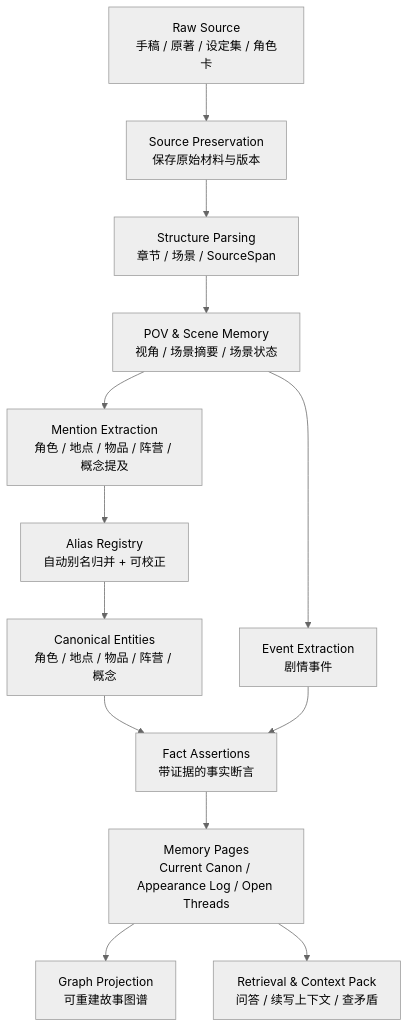
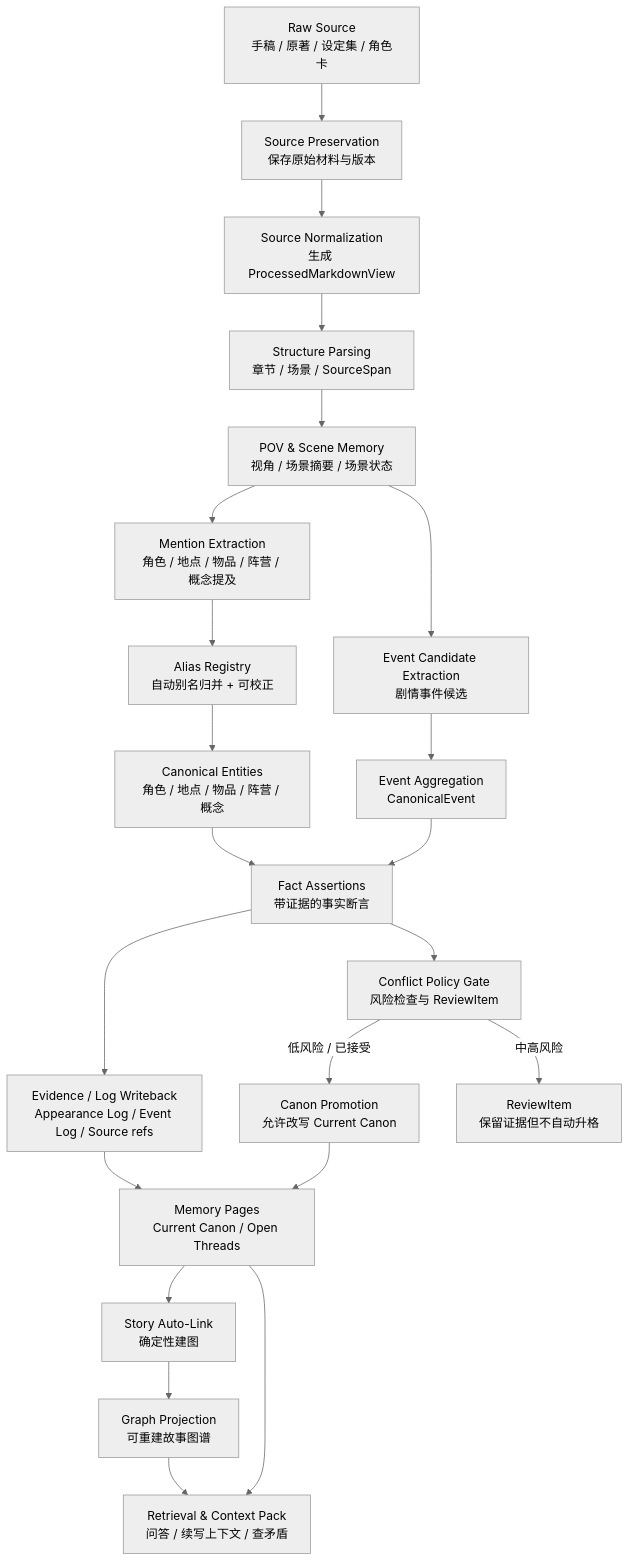
Before and after one commit to FrankQDWang/sextantlabs: the diagram in GOAL.md, drawn with Mermaid (neutral theme). The commit also changed other lines of this file and 16 other files, not shown here.

````diff
--- a/GOAL.md
+++ b/GOAL.md
@@ -30,15 +37,24 @@
 ```mermaid
 flowchart TD
     A[Raw Source\n手稿 / 原著 / 设定集 / 角色卡] --> B[Source Preservation\n保存原始材料与版本]
-    B --> C[Structure Parsing\n章节 / 场景 / SourceSpan]
-    C --> D[POV & Scene Memory\n视角 / 场景摘要 / 场景状态]
-    D --> E[Mention Extraction\n角色 / 地点 / 物品 / 阵营 / 概念提及]
-    E --> F[Alias Registry\n自动别名归并 + 可校正]
-    F --> G[Canonical Entities\n角色 / 地点 / 物品 / 阵营 / 概念]
-    D --> H[Event Extraction\n剧情事件]
-    G --> I[Fact Assertions\n带证据的事实断言]
-    H --> I
-    I --> J[Memory Pages\nCurrent Canon / Appearance Log / Open Threads]
-    J --> K[Graph Projection\n可重建故事图谱]
-    J --> L[Retrieval & Context Pack\n问答 / 续写上下文 / 查矛盾]
+    B --> C[Source Normalization\n生成 ProcessedMarkdownView]
+    C --> D[Structure Parsing\n章节 / 场景 / SourceSpan]
+    D --> E[POV & Scene Memory\n视角 / 场景摘要 / 场景状态]
+    E --> F[Mention Extraction\n角色 / 地点 / 物品 / 阵营 / 概念提及]
+    F --> G[Alias Registry\n自动别名归并 + 可校正]
+    G --> H[Canonical Entities\n角色 / 地点 / 物品 / 阵营 / 概念]
+    E --> I[Event Candidate Extraction\n剧情事件候选]
+    I --> J[Event Aggregation\nCanonicalEvent]
+    H --> K[Fact Assertions\n带证据的事实断言]
+    J --> K
+    K --> L[Evidence / Log Writeback\nAppearance Log / Event Log / Source refs]
+    K --> M[Conflict Policy Gate\n风险检查与 ReviewItem]
+    M -->|低风险 / 已接受| N[Canon Promotion\n允许改写 Current Canon]
+    M -->|中高风险| O[ReviewItem\n保留证据但不自动升格]
+    N --> P[Memory Pages\nCurrent Canon / Open Threads]
+    L --> P
+    P --> Q[Story Auto-Link\n确定性建图]
+    Q --> R[Graph Projection\n可重建故事图谱]
+    P --> S[Retrieval & Context Pack\n问答 / 续写上下文 / 查矛盾]
+    R --> S
 ```
````
